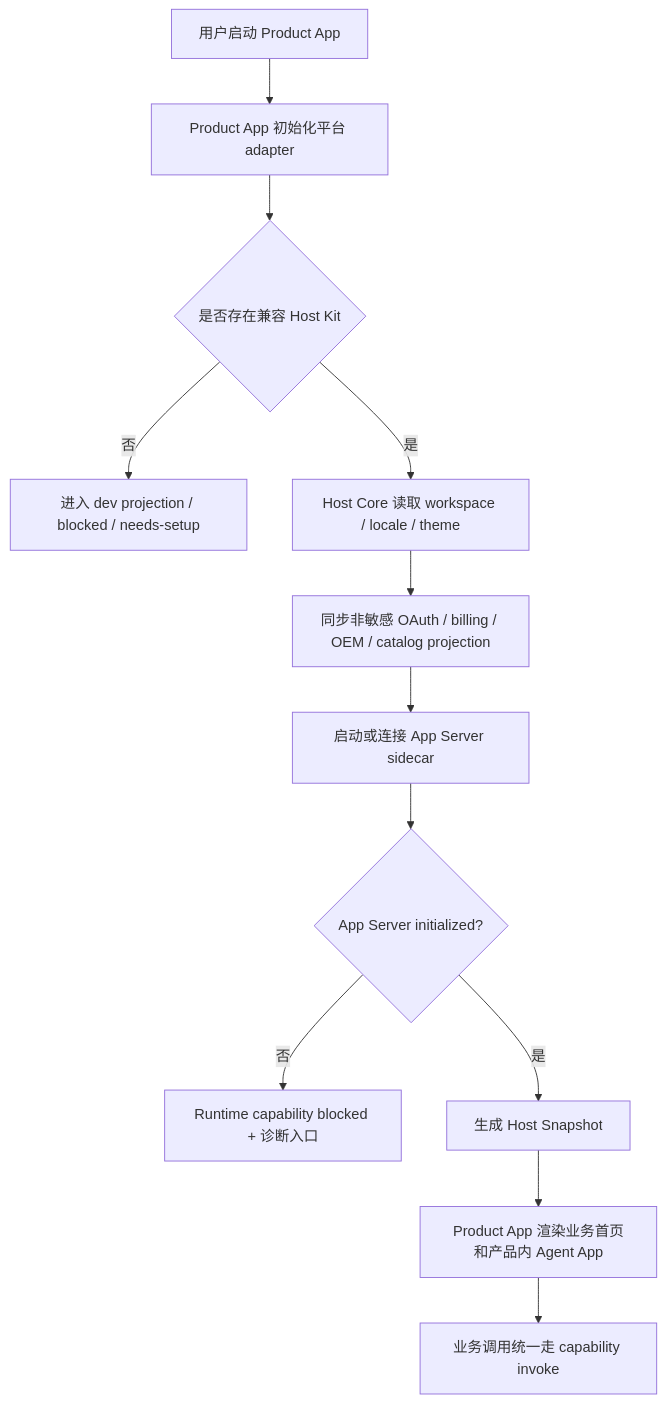
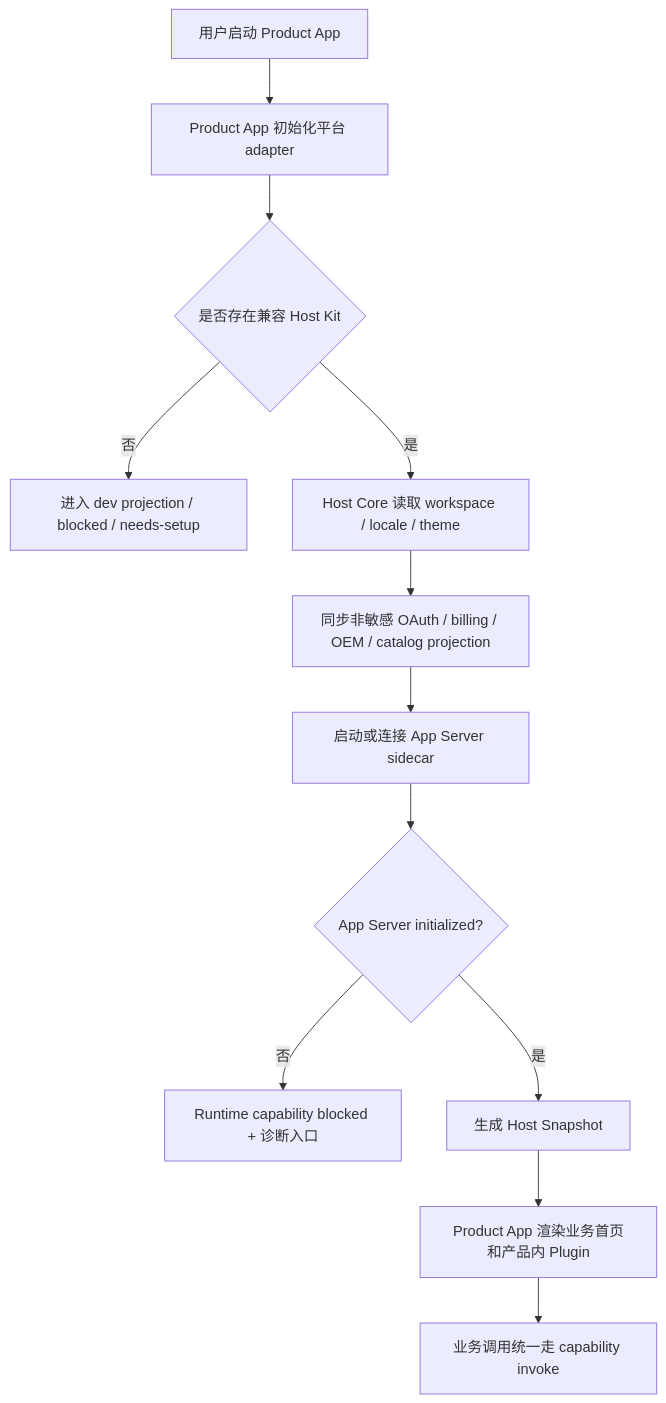
One commit to jiujuan/lime changed the third of 4 diagrams in internal/roadmap/appserver/desktop-platform-product-app-boundary-prd.md. Above: the diagram before and after it, drawn with Mermaid. The commit also changed other lines of this file and 527 other files, not shown here.

````diff
--- a/internal/roadmap/appserver/desktop-platform-product-app-boundary-prd.md
+++ b/internal/roadmap/appserver/desktop-platform-product-app-boundary-prd.md
@@ -163,14 +163,14 @@
 ```mermaid
 flowchart TD
   A[用户启动 Product App] --> B[Product App 初始化平台 adapter]
   B --> C{是否存在兼容 Host Kit}
   C -->|否| D[进入 dev projection / blocked / needs-setup]
   C -->|是| E[Host Core 读取 workspace / locale / theme]
   E --> F[同步非敏感 OAuth / billing / OEM / catalog projection]
   F --> G[启动或连接 App Server sidecar]
   G --> H{App Server initialized?}
   H -->|否| I[Runtime capability blocked + 诊断入口]
   H -->|是| J[生成 Host Snapshot]
-  J --> K[Product App 渲染业务首页和产品内 Agent App]
+  J --> K[Product App 渲染业务首页和产品内 Plugin]
   K --> L[业务调用统一走 capability invoke]
 ```
````
